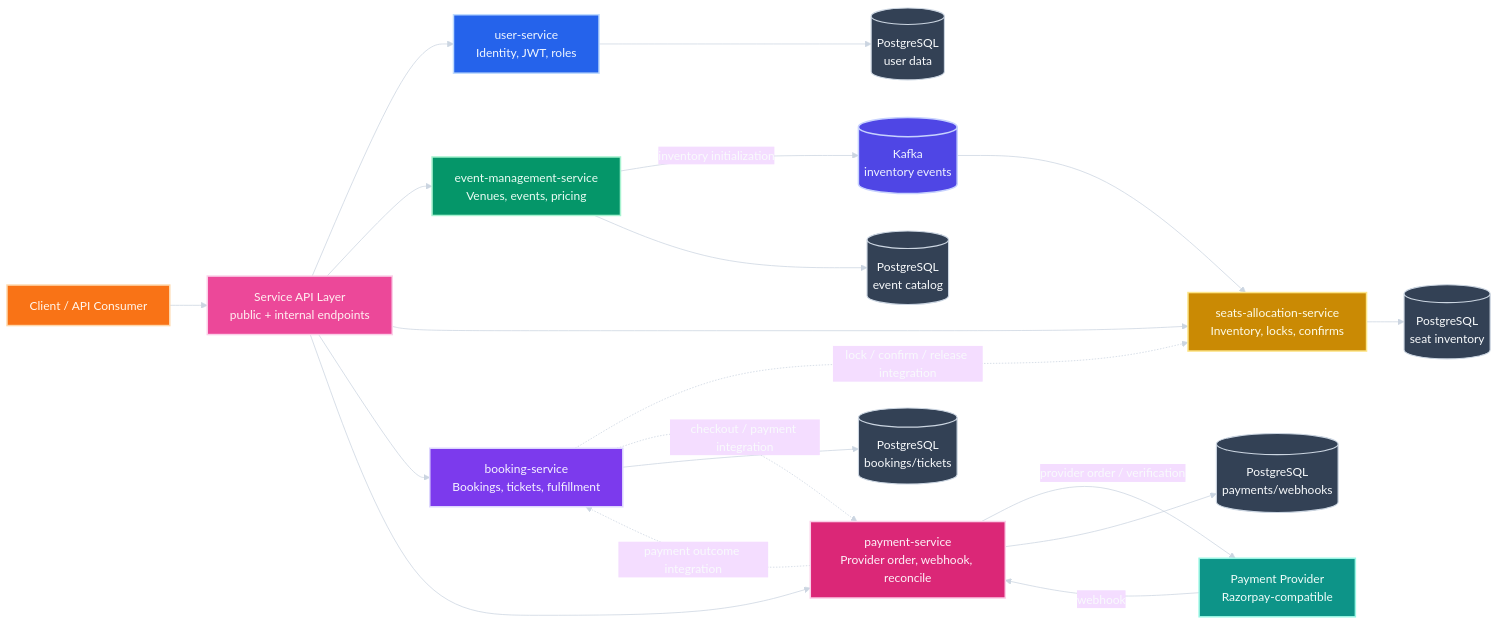
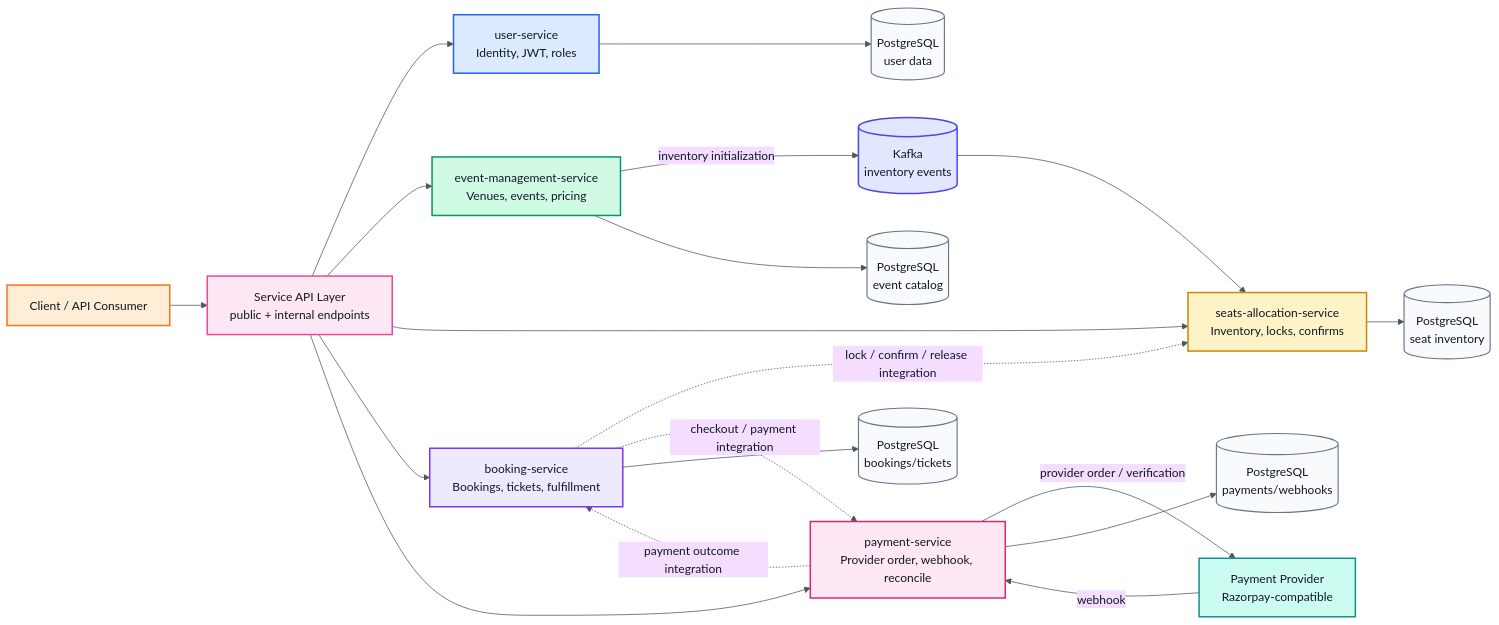
Before and after one commit to AbhinavMantri/ticketmaster-capstone: the diagram in README.md, drawn with Mermaid.

Commit message:
Improve diagram readability

````diff
--- a/README.md
+++ b/README.md
@@ -11,64 +11,64 @@
 ```mermaid
-%%{init: {"theme":"base","themeVariables":{"background":"#1f2937","primaryTextColor":"#f8fafc","lineColor":"#cbd5e1","fontFamily":"Inter, ui-sans-serif, system-ui"}}}%%
+%%{init: {"theme":"base","themeVariables":{"background":"#ffffff","primaryTextColor":"#111827","lineColor":"#4b5563","fontFamily":"Inter, ui-sans-serif, system-ui"}}}%%
 flowchart LR
     client["Client / API Consumer"]
     entry["Service API Layer<br/>public + internal endpoints"]
 
     user["user-service<br/>Identity, JWT, roles"]
     event["event-management-service<br/>Venues, events, pricing"]
     seats["seats-allocation-service<br/>Inventory, locks, confirms"]
     booking["booking-service<br/>Bookings, tickets, fulfillment"]
     payment["payment-service<br/>Provider order, webhook, reconcile"]
 
     kafka[("Kafka<br/>inventory events")]
     userdb[("PostgreSQL<br/>user data")]
     eventdb[("PostgreSQL<br/>event catalog")]
     seatsdb[("PostgreSQL<br/>seat inventory")]
     bookingdb[("PostgreSQL<br/>bookings/tickets")]
     paymentdb[("PostgreSQL<br/>payments/webhooks")]
     provider["Payment Provider<br/>Razorpay-compatible"]
 
     client --> entry
     entry --> user
     entry --> event
     entry --> seats
     entry --> booking
     entry --> payment
 
     event -- "inventory initialization" --> kafka
     kafka --> seats
 
     booking -. "lock / confirm / release integration" .-> seats
     booking -. "checkout / payment integration" .-> payment
     payment -- "provider order / verification" --> provider
     provider -- "webhook" --> payment
     payment -. "payment outcome integration" .-> booking
 
     user --> userdb
     event --> eventdb
     seats --> seatsdb
     booking --> bookingdb
     payment --> paymentdb
 
-    classDef clientNode fill:#f97316,stroke:#fed7aa,stroke-width:2px,color:#fff7ed;
-    classDef entryNode fill:#ec4899,stroke:#fbcfe8,stroke-width:2px,color:#fff1f2;
-    classDef identityNode fill:#2563eb,stroke:#bfdbfe,stroke-width:2px,color:#eff6ff;
-    classDef catalogNode fill:#059669,stroke:#a7f3d0,stroke-width:2px,color:#ecfdf5;
-    classDef inventoryNode fill:#ca8a04,stroke:#fde68a,stroke-width:2px,color:#fefce8;
-    classDef fulfillmentNode fill:#7c3aed,stroke:#ddd6fe,stroke-width:2px,color:#f5f3ff;
-    classDef paymentNode fill:#db2777,stroke:#fbcfe8,stroke-width:2px,color:#fdf2f8;
-    classDef streamNode fill:#4f46e5,stroke:#c7d2fe,stroke-width:2px,color:#eef2ff;
-    classDef externalNode fill:#0d9488,stroke:#99f6e4,stroke-width:2px,color:#f0fdfa;
-    classDef dataNode fill:#334155,stroke:#cbd5e1,stroke-width:1.5px,color:#f8fafc;
+    classDef clientNode fill:#ffedd5,stroke:#f97316,stroke-width:2px,color:#111827;
+    classDef entryNode fill:#fce7f3,stroke:#ec4899,stroke-width:2px,color:#111827;
+    classDef identityNode fill:#dbeafe,stroke:#2563eb,stroke-width:2px,color:#111827;
+    classDef catalogNode fill:#d1fae5,stroke:#059669,stroke-width:2px,color:#111827;
+    classDef inventoryNode fill:#fef3c7,stroke:#ca8a04,stroke-width:2px,color:#111827;
+    classDef fulfillmentNode fill:#ede9fe,stroke:#7c3aed,stroke-width:2px,color:#111827;
+    classDef paymentNode fill:#fce7f3,stroke:#db2777,stroke-width:2px,color:#111827;
+    classDef streamNode fill:#e0e7ff,stroke:#4f46e5,stroke-width:2px,color:#111827;
+    classDef externalNode fill:#ccfbf1,stroke:#0d9488,stroke-width:2px,color:#111827;
+    classDef dataNode fill:#f8fafc,stroke:#64748b,stroke-width:1.5px,color:#111827;
 
     class client clientNode;
     class entry entryNode;
     class user identityNode;
     class event catalogNode;
     class seats inventoryNode;
     class booking fulfillmentNode;
     class payment paymentNode;
     class kafka streamNode;
     class provider externalNode;
     class userdb,eventdb,seatsdb,bookingdb,paymentdb dataNode;
 ```
````
